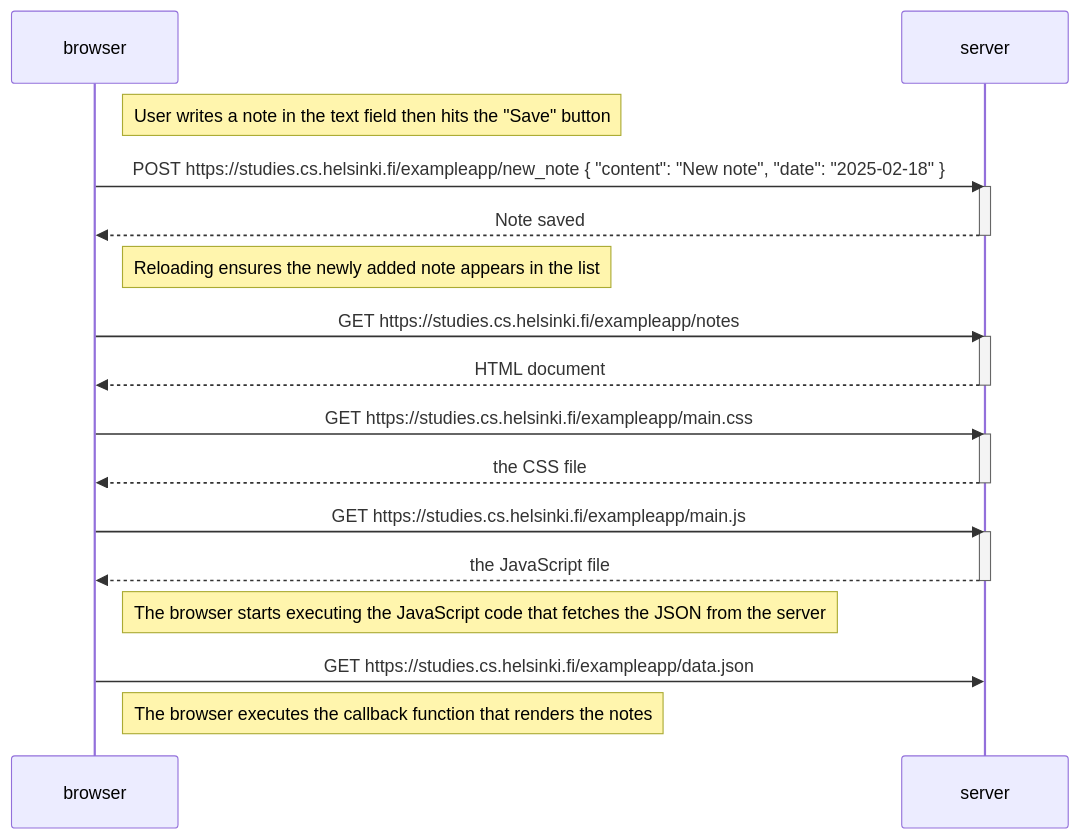
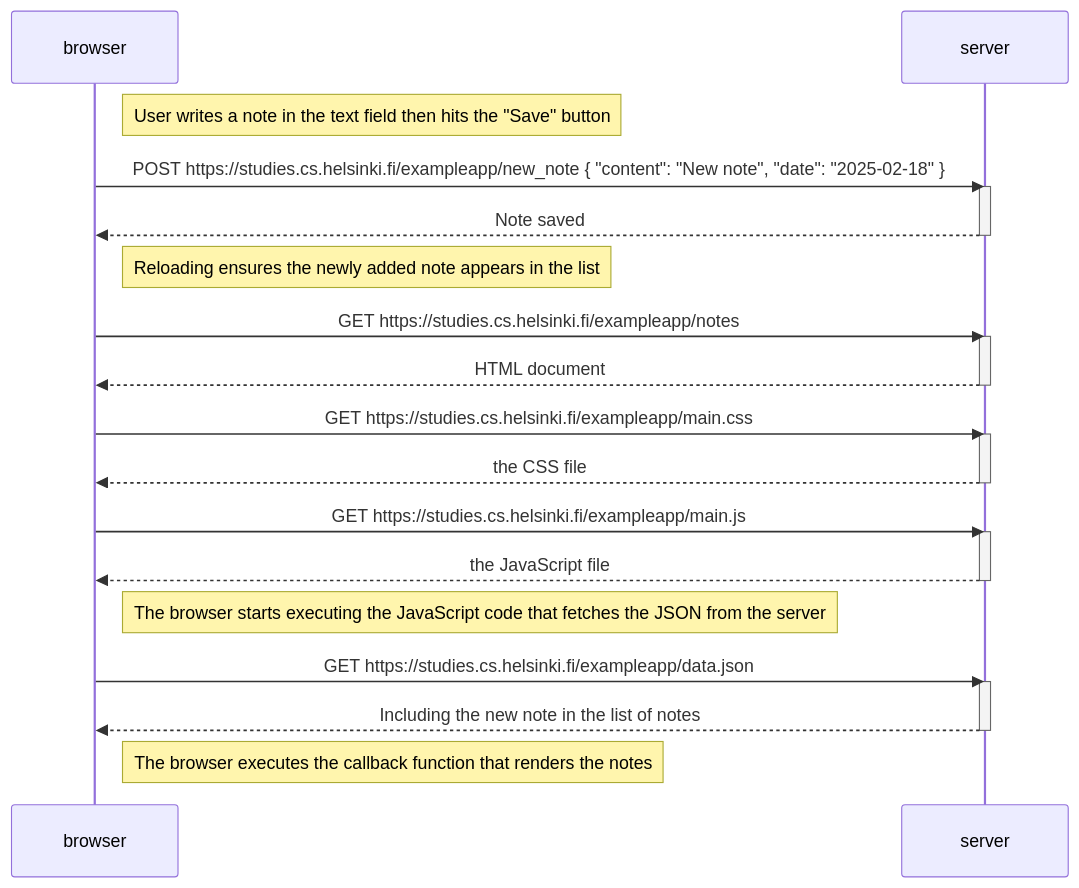
One commit to Saifahmeed/full-stack-open changed the diagram in part0/0.4-new-note-diagram.md. Above: the diagram before and after it, drawn with Mermaid.

````diff
--- a/part0/0.4-new-note-diagram.md
+++ b/part0/0.4-new-note-diagram.md
@@ -1,35 +1,38 @@
 ```mermaid
 sequenceDiagram
     participant browser
     participant server
 
     Note right of browser: User writes a note in the text field then hits the "Save" button
 
     browser->>server: POST https://studies.cs.helsinki.fi/exampleapp/new_note { "content": "New note", "date": "2025-02-18" }
     activate server
     server-->>browser: Note saved
     deactivate server
 
     Note right of browser: Reloading ensures the newly added note appears in the list
 
     browser->>server: GET https://studies.cs.helsinki.fi/exampleapp/notes
     activate server
     server-->>browser: HTML document
     deactivate server
 
     browser->>server: GET https://studies.cs.helsinki.fi/exampleapp/main.css
     activate server
     server-->>browser: the CSS file
     deactivate server
 
     browser->>server: GET https://studies.cs.helsinki.fi/exampleapp/main.js
     activate server
     server-->>browser: the JavaScript file
     deactivate server
 
     Note right of browser: The browser starts executing the JavaScript code that fetches the JSON from the server
 
     browser->>server: GET https://studies.cs.helsinki.fi/exampleapp/data.json
+    activate server
+    server-->>browser: Including the new note in the list of notes
+    deactivate server
 
     Note right of browser: The browser executes the callback function that renders the notes
 ```
````
